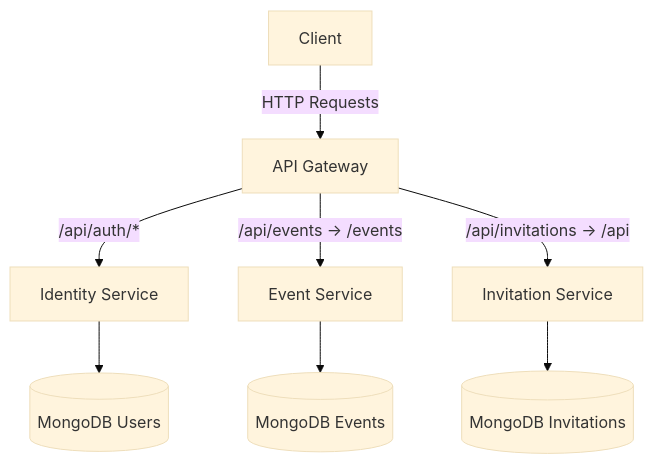
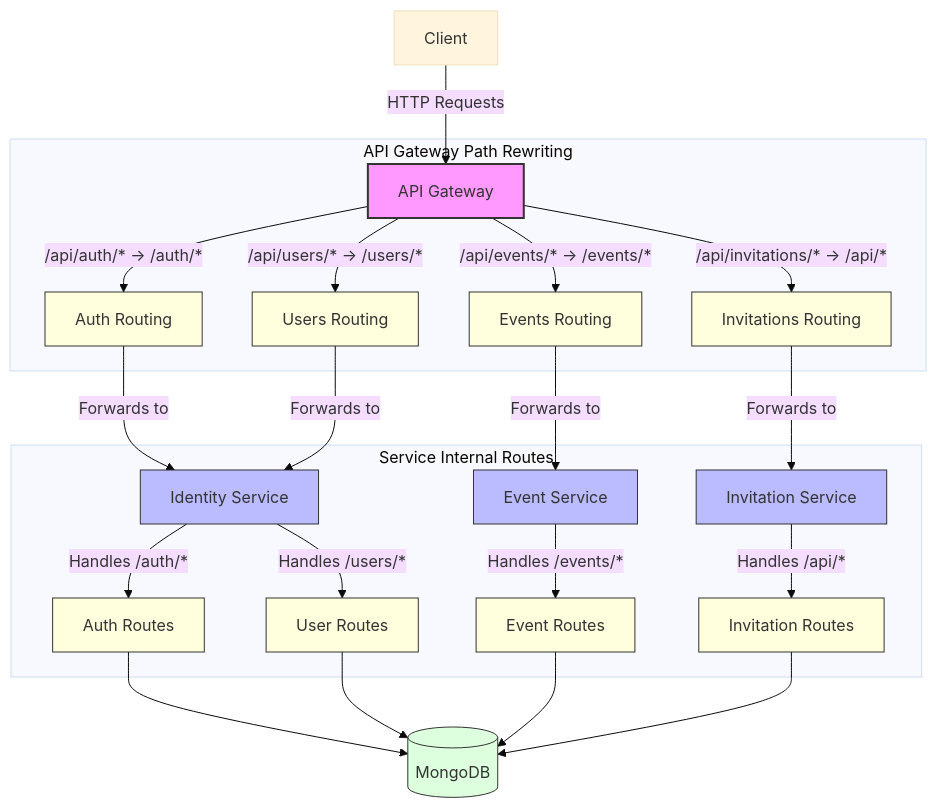
One commit to eugenetedkim/olive-table changed the first of 2 diagrams in README.md. Above: the diagram before and after it, drawn with Mermaid (base theme).

````diff
--- a/README.md
+++ b/README.md
@@ -35,11 +35,38 @@
 ```mermaid
 graph TD
-    A[Client] -->|HTTP Requests| B[API Gateway]
-    B -->|/api/auth/*| C[Identity Service]
-    B -->|/api/events → /events| D[Event Service]
-    B -->|/api/invitations → /api| E[Invitation Service]
+    Client[Client] -->|HTTP Requests| Gateway[API Gateway]
     
-    C --> F[(MongoDB Users)]
-    D --> G[(MongoDB Events)]
-    E --> H[(MongoDB Invitations)]
+    subgraph "API Gateway Path Rewriting"
+        Gateway -->|/api/auth/* → /auth/*| Auth[Auth Routing]
+        Gateway -->|/api/users/* → /users/*| Users[Users Routing]
+        Gateway -->|/api/events/* → /events/*| Events[Events Routing]
+        Gateway -->|/api/invitations/* → /api/*| Invitations[Invitations Routing]
+    end
+    
+    Auth -->|Forwards to| Identity[Identity Service]
+    Users -->|Forwards to| Identity
+    Events -->|Forwards to| EventService[Event Service]
+    Invitations -->|Forwards to| InvitationService[Invitation Service]
+    
+    subgraph "Service Internal Routes"
+        Identity -->|Handles /auth/*| AuthRoutes[Auth Routes]
+        Identity -->|Handles /users/*| UserRoutes[User Routes]
+        EventService -->|Handles /events/*| EventRoutes[Event Routes]
+        InvitationService -->|Handles /api/*| InvitationRoutes[Invitation Routes]
+    end
+    
+    AuthRoutes --> MongoDB[(MongoDB)]
+    UserRoutes --> MongoDB
+    EventRoutes --> MongoDB
+    InvitationRoutes --> MongoDB
+    
+    classDef gateway fill:#f9f,stroke:#333,stroke-width:2px
+    classDef service fill:#bbf,stroke:#333,stroke-width:1px
+    classDef database fill:#dfd,stroke:#333,stroke-width:1px
+    classDef routing fill:#ffd,stroke:#333,stroke-width:1px
+    
+    class Gateway gateway
+    class Identity,EventService,InvitationService service
+    class MongoDB database
+    class Auth,Users,Events,Invitations,AuthRoutes,UserRoutes,EventRoutes,InvitationRoutes routing
 ```
````
